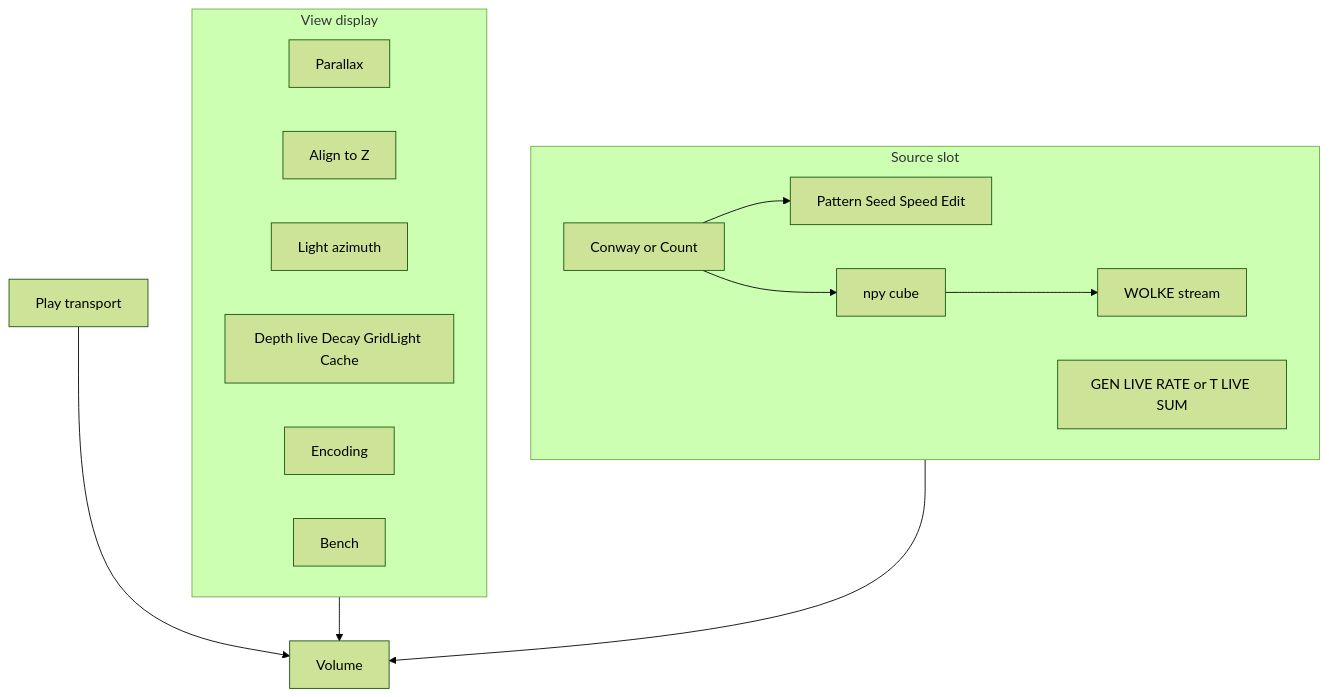
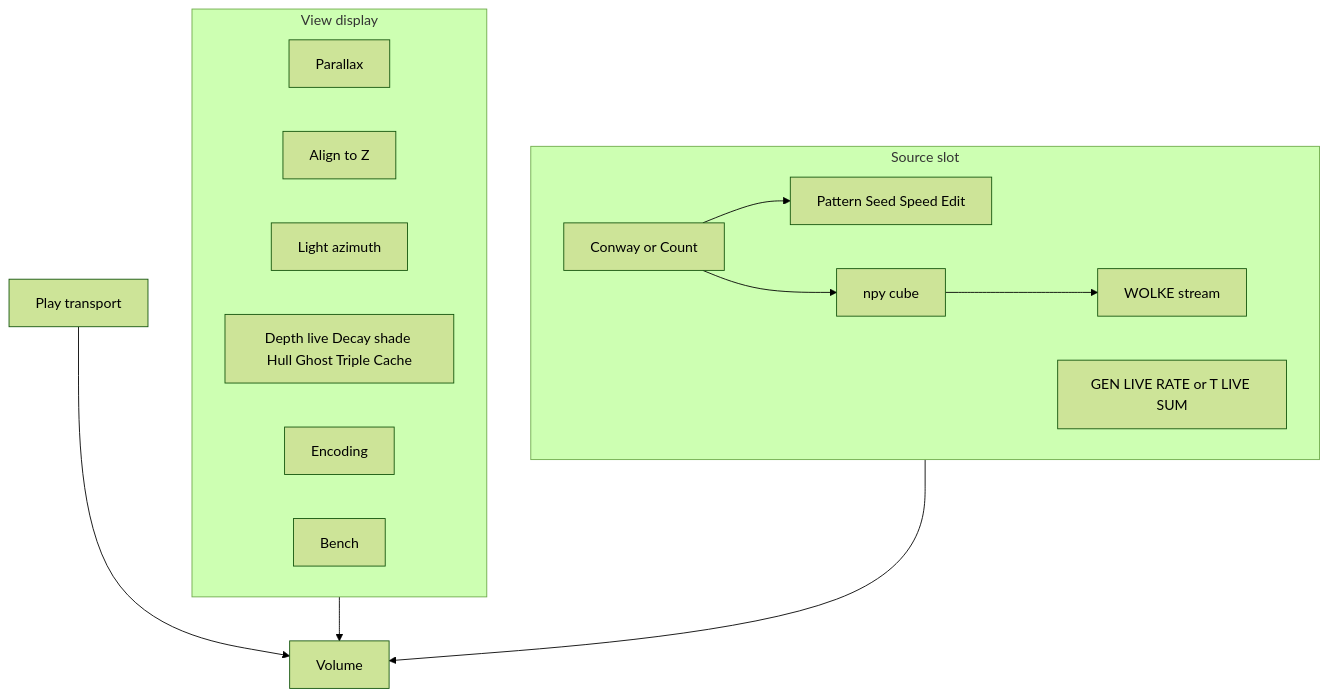
One commit to PiMaV/DONNER changed the fourth of 27 diagrams in architecture.md. Above: the diagram before and after it, drawn with Mermaid (forest theme). The commit also changed other lines of this file and 27 other files, not shown here.

````diff
--- a/architecture.md
+++ b/architecture.md
@@ -94,25 +94,25 @@
 ```mermaid
 flowchart TB
   subgraph view [View display]
     bird[Parallax]
     align[Align to Z]
     light[Light azimuth]
-    win[Depth live Decay GridLight Cache]
+    win[Depth live Decay shade Hull Ghost Triple Cache]
     enc[Encoding]
     bench[Bench]
   end
   subgraph source [Source slot]
     kind[Conway or Count]
     gen[GEN LIVE RATE or T LIVE SUM]
     conway[Pattern Seed Speed Edit]
     npy[npy cube]
     stream[WOLKE stream]
   end
   view --> volume[Volume]
   playT[Play transport]
   playT --> volume
   source --> volume
   kind --> conway
   kind --> npy
   npy --> stream
 ```
````
